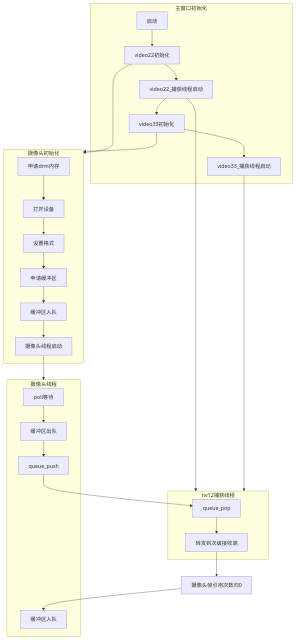
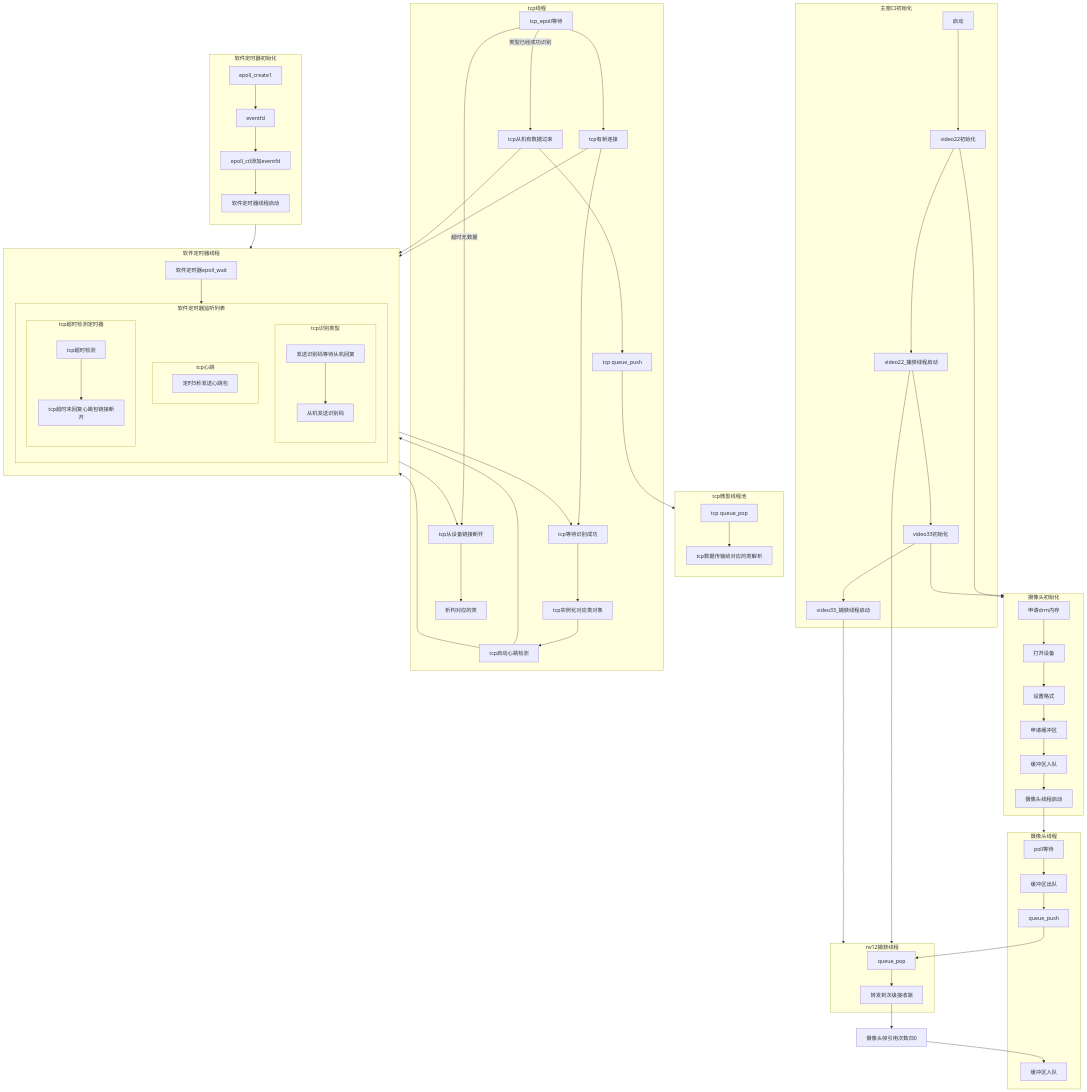
Before and after one commit to GravityandSupport/rk3562_camera: the diagram in README.md, drawn with Mermaid.

Commit message:
Enhance README with software timer and TCP flowcharts
Added detailed flowcharts for software timer and TCP processes.

````diff
--- a/README.md
+++ b/README.md
@@ -31,4 +31,71 @@
 
 	queue_push --> queue_pop
 	转发到次级接收端 --> 次数归0[摄像头帧引用次数归0]  --> 缓冲区入队
+
+
+
+
+
+
+
+
+
+	subgraph 软件定时器监听列表
+        direction TD
+        subgraph tcp识别类型
+            direction TD
+            发送识别码等待从机回复-->从机发送识别码
+        end
+
+        subgraph tcp心跳
+            定时5秒发送心跳包
+        end
+
+        subgraph tcp超时检测定时器
+            direction TD
+            tcp超时检测-->tcp链接超时[tcp超时未回复心跳包链接断开]
+        end
+    end
+
+    subgraph 软件定时器线程
+        direction TD
+        软件定时器epoll_wait-->软件定时器监听列表
+    end
+
+    subgraph 软件定时器初始化
+        direction TD
+        软件定时器epoll_create1[epoll_create1] --> 软件定时器eventfd[eventfd]
+		软件定时器eventfd[eventfd]-->添加eventfd到epoll[epoll_ctl添加eventfd]
+		添加eventfd到epoll[epoll_ctl添加eventfd]-->软件定时器线程启动
+    end
+
+    软件定时器线程启动-->软件定时器线程
+	
+	subgraph tcp微型线程池
+        direction TD
+		tcp_queue_pop[tcp queue_pop]-->tcp数据传输给对应的类解析
+	end
+	
+    tcp_queue_push-->tcp微型线程池
+
+    subgraph tcp线程
+        tcp_epoll等待
+        tcp有新连接-->tcp识别类型
+        tcp有新连接-->tcp等待识别成功
+        从机发送识别码-->tcp等待识别成功
+        tcp等待识别成功-->tcp实例化对应类对象
+        tcp实例化对应类对象-->tcp启动心跳检测
+        tcp启动心跳检测-->tcp心跳
+        tcp启动心跳检测-->tcp超时检测定时器
+
+        tcp从机有数据过来-->tcp_queue_push[tcp queue_push]
+        tcp从机有数据过来-->tcp超时检测定时器
+
+        tcp从设备链接断开-->析构对应的类
+        tcp链接超时-->tcp从设备链接断开
+
+        tcp_epoll等待-->tcp有新连接
+        tcp_epoll等待-->|类型已经成功识别| tcp从机有数据过来
+        tcp_epoll等待-->|超时无数据| tcp从设备链接断开
+    end
 ```
````
